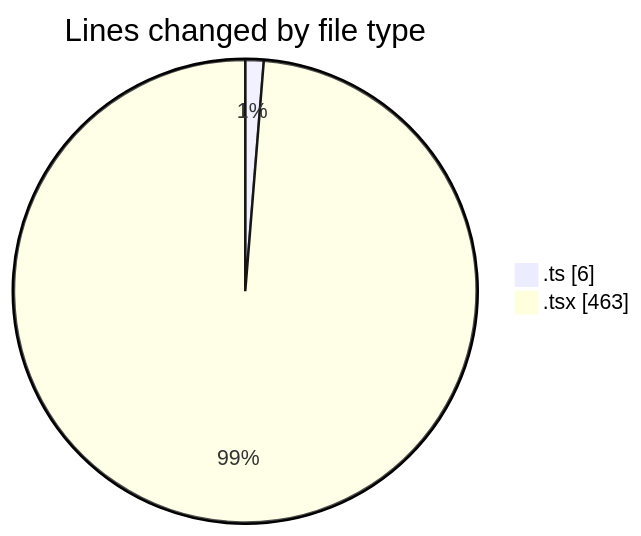
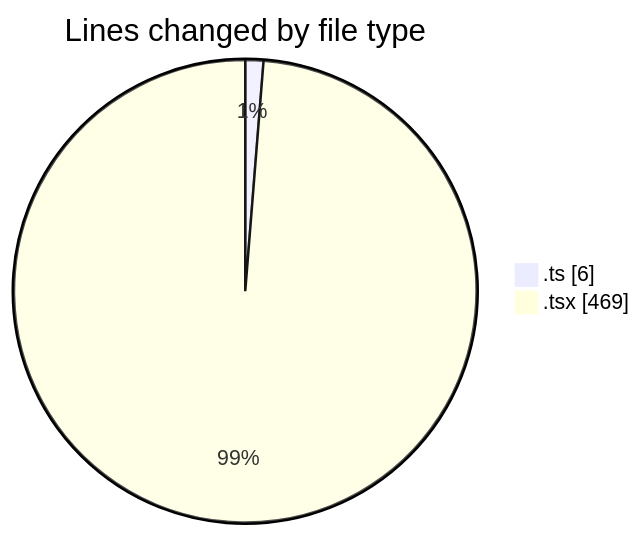
Before and after one commit to momahboobian/code-tracking: the first of 2 diagrams in 2025-07-01/cda/README.md, drawn with Mermaid. The commit also changed other lines of this file and 1 other file, not shown here.

````diff
--- a/2025-07-01/cda/README.md
+++ b/2025-07-01/cda/README.md
@@ -22,6 +22,6 @@
 ```mermaid
 pie showData
 title Lines changed by file type
 ".ts" : 6
-".tsx" : 463
+".tsx" : 469
 ```
````
